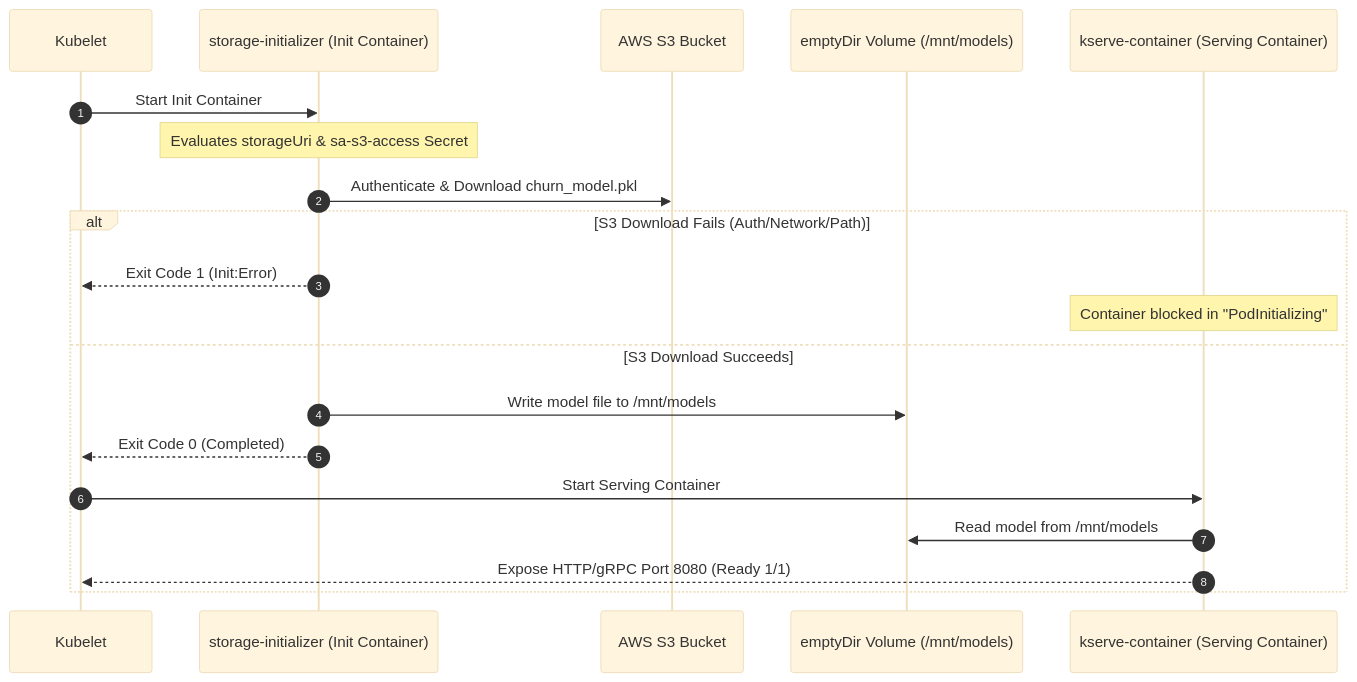
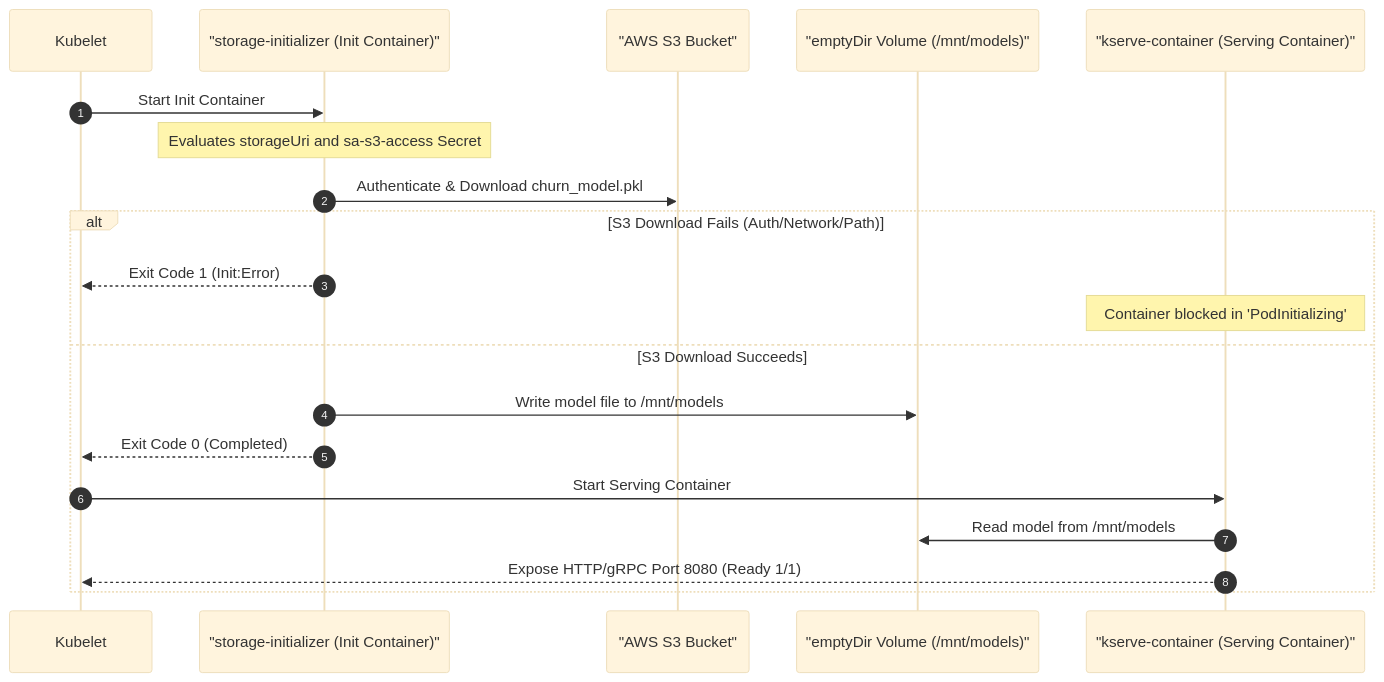
One commit to LikhithST/customer-churn-model changed the second of 2 diagrams in Implementation.md. Above: the diagram before and after it, drawn with Mermaid (base theme). The commit also changed other lines of this file, not shown here.

Commit message:
mermaid fix

````diff
--- a/Implementation.md
+++ b/Implementation.md
@@ -497,23 +497,23 @@
 ```mermaid
 sequenceDiagram
     autonumber
     participant K8s as Kubelet
-    participant Init as storage-initializer (Init Container)
-    participant S3 as AWS S3 Bucket
-    participant Vol as emptyDir Volume (/mnt/models)
-    participant Serv as kserve-container (Serving Container)
+    participant Init as "storage-initializer (Init Container)"
+    participant S3 as "AWS S3 Bucket"
+    participant Vol as "emptyDir Volume (/mnt/models)"
+    participant Serv as "kserve-container (Serving Container)"
 
     K8s->>Init: Start Init Container
-    Note over Init: Evaluates storageUri & sa-s3-access Secret
+    Note over Init: Evaluates storageUri and sa-s3-access Secret
     Init->>S3: Authenticate & Download churn_model.pkl
     alt S3 Download Fails (Auth/Network/Path)
         Init-->>K8s: Exit Code 1 (Init:Error)
-        Note over Serv: Container blocked in "PodInitializing"
+        Note over Serv: Container blocked in 'PodInitializing'
     else S3 Download Succeeds
         Init->>Vol: Write model file to /mnt/models
         Init-->>K8s: Exit Code 0 (Completed)
         K8s->>Serv: Start Serving Container
         Serv->>Vol: Read model from /mnt/models
         Serv-->>K8s: Expose HTTP/gRPC Port 8080 (Ready 1/1)
     end
 ```
````
